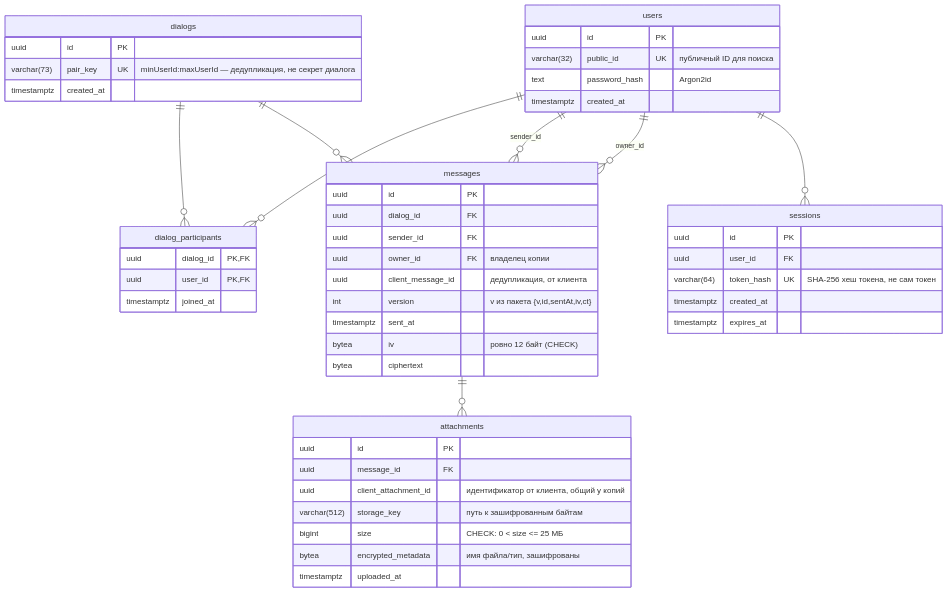
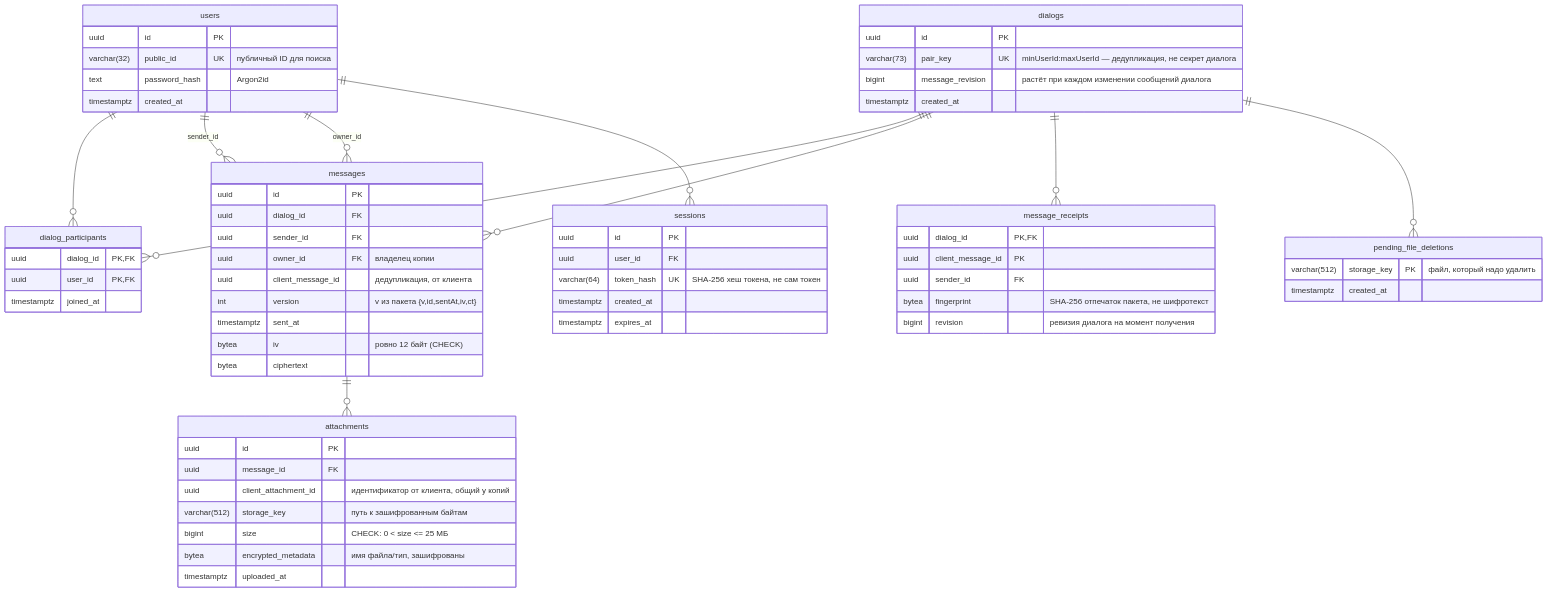
The diagram in docs/database.md (OutSiders-Techniki/messenger-backend), drawn with Mermaid before and after one commit. The commit also changed other lines of this file and 1 other file, not shown here.

````diff
--- a/docs/database.md
+++ b/docs/database.md
@@ -8,59 +8,75 @@
 ```mermaid
 erDiagram
     users ||--o{ dialog_participants : ""
     dialogs ||--o{ dialog_participants : ""
     dialogs ||--o{ messages : ""
     users ||--o{ messages : "sender_id"
     users ||--o{ messages : "owner_id"
     messages ||--o{ attachments : ""
     users ||--o{ sessions : ""
+    dialogs ||--o{ message_receipts : ""
+    dialogs ||--o{ pending_file_deletions : ""
 
     users {
         uuid id PK
         varchar(32) public_id UK "публичный ID для поиска"
         text password_hash "Argon2id"
         timestamptz created_at
     }
 
     sessions {
         uuid id PK
         uuid user_id FK
         varchar(64) token_hash UK "SHA-256 хеш токена, не сам токен"
         timestamptz created_at
         timestamptz expires_at
     }
 
     dialogs {
         uuid id PK
         varchar(73) pair_key UK "minUserId:maxUserId — дедупликация, не секрет диалога"
+        bigint message_revision "растёт при каждом изменении сообщений диалога"
         timestamptz created_at
     }
 
     dialog_participants {
         uuid dialog_id PK,FK
         uuid user_id PK,FK
         timestamptz joined_at
     }
 
     messages {
         uuid id PK
         uuid dialog_id FK
         uuid sender_id FK
         uuid owner_id FK "владелец копии"
         uuid client_message_id "дедупликация, от клиента"
         int version "v из пакета {v,id,sentAt,iv,ct}"
         timestamptz sent_at
         bytea iv "ровно 12 байт (CHECK)"
         bytea ciphertext
     }
 
     attachments {
         uuid id PK
         uuid message_id FK
         uuid client_attachment_id "идентификатор от клиента, общий у копий"
         varchar(512) storage_key "путь к зашифрованным байтам"
         bigint size "CHECK: 0 < size <= 25 МБ"
         bytea encrypted_metadata "имя файла/тип, зашифрованы"
         timestamptz uploaded_at
     }
+
+    message_receipts {
+        uuid dialog_id PK,FK
+        uuid client_message_id PK
+        uuid sender_id FK
+        bytea fingerprint "SHA-256 отпечаток пакета, не шифротекст"
+        bigint revision "ревизия диалога на момент получения"
+    }
+
+    pending_file_deletions {
+        varchar(512) storage_key PK "файл, который надо удалить"
+        timestamptz created_at
+    }
 ```
````
